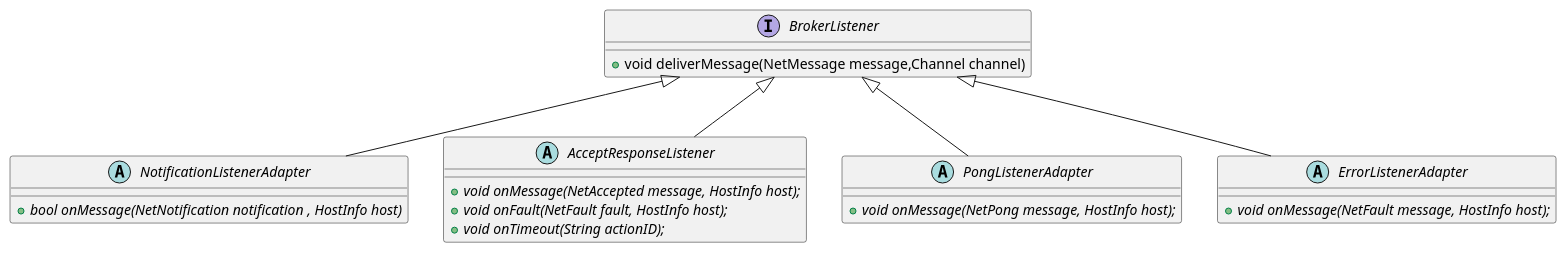
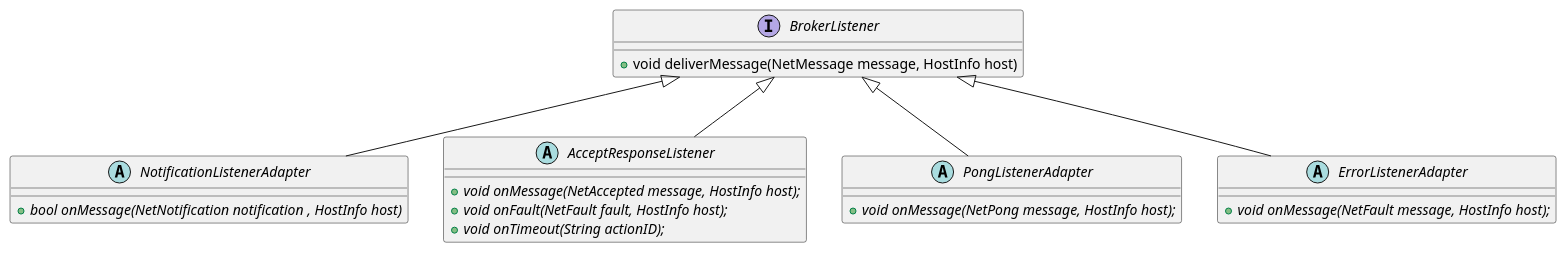
One commit to tomahock/sapo-broker changed the diagram in client/java-nio/doc/advanced/message-handling.puml. Above: the diagram before and after it, drawn with PlantUML. The commit also changed 26 other files, not shown here.

```diff
--- a/client/java-nio/doc/advanced/message-handling.puml
+++ b/client/java-nio/doc/advanced/message-handling.puml
@@ -1,33 +1,33 @@
 @startuml
 
 
 interface BrokerListener {
-    + void deliverMessage(NetMessage message,Channel channel)
+    + void deliverMessage(NetMessage message, HostInfo host)
 
 }
 
 BrokerListener <|-- NotificationListenerAdapter
 BrokerListener <|-- AcceptResponseListener
 BrokerListener <|-- PongListenerAdapter
 BrokerListener <|-- ErrorListenerAdapter
 
 abstract class NotificationListenerAdapter{
      + {abstract} bool onMessage(NetNotification notification , HostInfo host)
 }
 
 abstract class AcceptResponseListener{
     + {abstract} void onMessage(NetAccepted message, HostInfo host);
     + {abstract} void onFault(NetFault fault, HostInfo host);
     + {abstract} void onTimeout(String actionID);
 }
 
 abstract class PongListenerAdapter{
     + {abstract} void onMessage(NetPong message, HostInfo host);
 }
 
 abstract class ErrorListenerAdapter{
     + {abstract} void onMessage(NetFault message, HostInfo host);
 }
 
 
 @enduml
```
